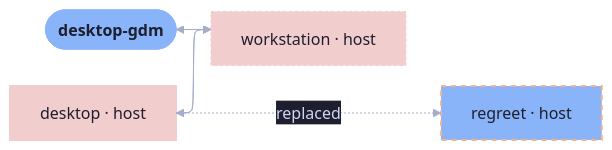
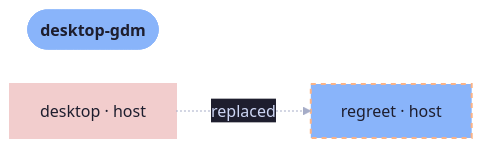
The diagram in templates/diag-fx-demo/diagrams/desktop-gdm-adapters.md (sini/den), drawn with Mermaid before and after one commit. The commit also changed 849 other files, not shown here.

Commit message:
chore: update fx diagrams

````diff
--- a/templates/diag-fx-demo/diagrams/desktop-gdm-adapters.md
+++ b/templates/diag-fx-demo/diagrams/desktop-gdm-adapters.md
@@ -5,20 +5,13 @@
 ```mermaid
 %%{init: {"elk":{"mergeEdges":true,"nodePlacementStrategy":"BRANDES_KOEPF"},"layout":"elk","theme":"base","themeVariables":{"activationBkgColor":"#313244","activationBorderColor":"#6c7086","actorBkg":"#313244","actorBorder":"#a6adc8","actorLineColor":"#a6adc8","actorTextColor":"#cdd6f4","background":"#1e1e2e","classText":"#cdd6f4","clusterBkg":"#313244","clusterBorder":"#6c7086","edgeLabelBackground":"#1e1e2e","labelBoxBkgColor":"#313244","labelBoxBorderColor":"#a6adc8","labelTextColor":"#cdd6f4","lineColor":"#a6adc8","loopTextColor":"#cdd6f4","mainBkg":"#313244","nodeBkg":"#313244","nodeBorder":"#a6adc8","nodeTextColor":"#cdd6f4","noteBkgColor":"#313244","noteBorderColor":"#6c7086","noteTextColor":"#cdd6f4","pie1":"#f38ba8","pie2":"#fab387","pie3":"#f9e2af","pie4":"#a6e3a1","pie5":"#94e2d5","pie6":"#89b4fa","pie7":"#cba6f7","pie8":"#f2cdcd","pieLegendTextColor":"#cdd6f4","pieOuterStrokeColor":"#6c7086","pieSectionTextColor":"#cdd6f4","pieStrokeColor":"#6c7086","pieTitleTextColor":"#cdd6f4","primaryBorderColor":"#a6adc8","primaryColor":"#313244","primaryTextColor":"#cdd6f4","secondBkg":"#313244","secondaryBorderColor":"#6c7086","secondaryColor":"#313244","secondaryTextColor":"#cdd6f4","sequenceNumberColor":"#1e1e2e","signalColor":"#a6adc8","signalTextColor":"#cdd6f4","tertiaryBorderColor":"#6c7086","tertiaryColor":"#313244","tertiaryTextColor":"#cdd6f4","textColor":"#cdd6f4","titleColor":"#cdd6f4"}}}%%
 graph LR
   desktop_gdm([desktop-gdm]):::root
   desktop["desktop · host"]:::desktop_c
   regreet["regreet · host"]:::regreet_c
-  workstation["workstation · host"]:::workstation_c
 
-  desktop --> workstation
   desktop -.->|replaced| regreet
-  desktop_gdm --> workstation
-  workstation --> desktop
-  workstation --> desktop_gdm
 
   classDef root fill:#89b4fa,stroke:#89b4fa,color:#1e1e2e,font-weight:bold
   classDef desktop_c fill:#f2cdcd,stroke:#f2cdcd,color:#1e1e2e,stroke-width:2px
-  classDef desktop_gdm_c fill:#f2cdcd,stroke:#f2cdcd,color:#1e1e2e,stroke-width:3px
   classDef regreet_c fill:#89b4fa,stroke:#fab387,color:#1e1e2e,stroke-dasharray: 5 5,stroke-width:2px
-  classDef workstation_c fill:#f2cdcd,stroke:#f2cdcd,color:#1e1e2e,stroke-dasharray: 3 3,stroke-width:1px
 ```
````
